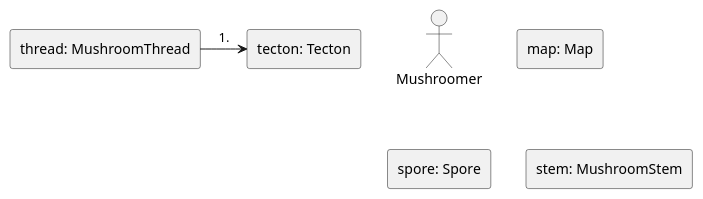
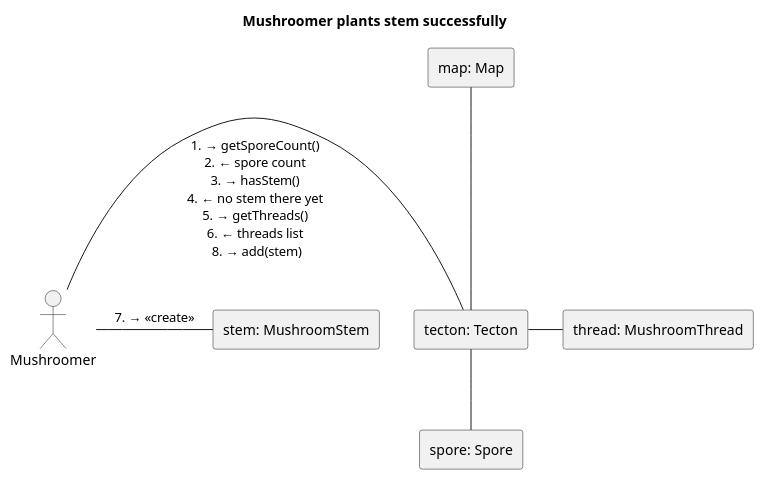
Before and after one commit to Petya-G/fungorium: the diagram in 5/communication_diagrams/plants_stem.puml, drawn with PlantUML.

Commit message:
# plants stem diagram v1

```diff
--- a/5/communication_diagrams/plants_stem.puml
+++ b/5/communication_diagrams/plants_stem.puml
@@ -2,12 +2,17 @@
 @startuml Plants stem
+title Mushroomer plants stem successfully
 skinparam linestyle ortho
 actor Mushroomer
 rectangle "map: Map" as 1
 rectangle "tecton: Tecton" as 2.1
 rectangle "thread: MushroomThread" as 3
 rectangle "spore: Spore" as 4
 rectangle "stem: MushroomStem" as 5
 
-3 -right-> 2.1: 1. 
+Mushroomer - 2.1: \n 1. → getSporeCount() \n 2. ← spore count \n 3. → hasStem() \n 4. ← no stem there yet \n 5. → getThreads() \n 6. ← threads list \n 8. → add(stem)
+Mushroomer - 5: 7. → <<create>>
+2.1 -down- 4
+2.1 -up- 1
+2.1 - 3
 
 @enduml
```
